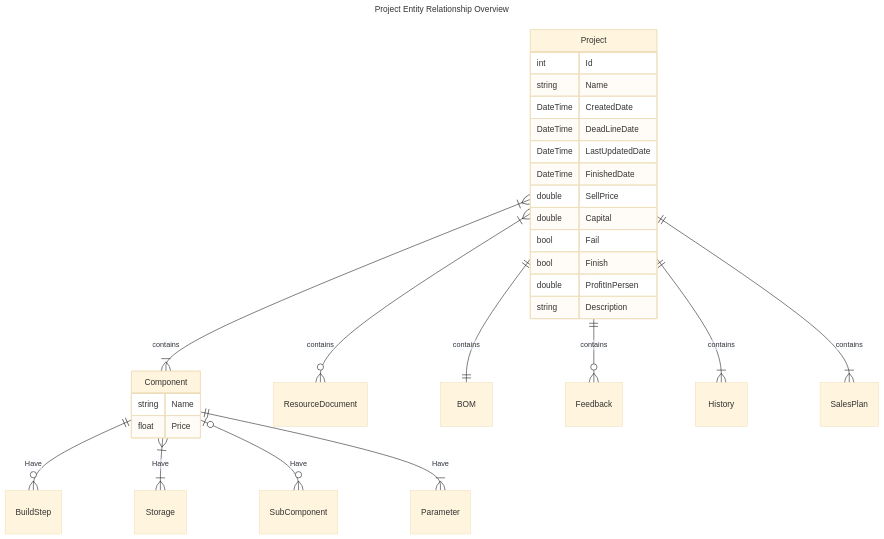
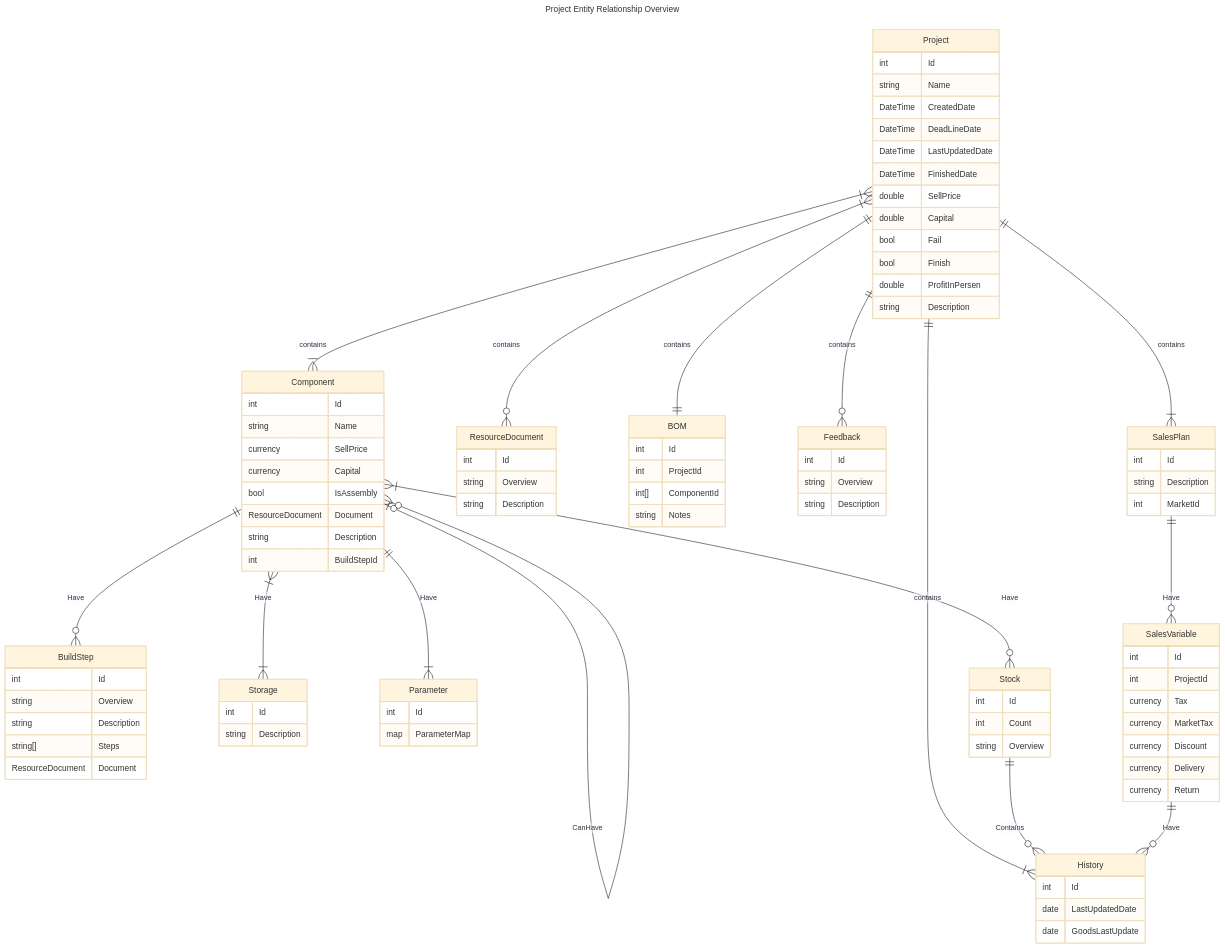
The diagram in erpPlanner/api/docs/PlannerPPlan.md (ahsanu123/learnRepo), drawn with Mermaid (base theme) before and after one commit. The commit also changed other lines of this file, not shown here.

Commit message:
[Plannerp-23-6-0404] update Plannerp Plan

````diff
--- a/erpPlanner/api/docs/PlannerPPlan.md
+++ b/erpPlanner/api/docs/PlannerPPlan.md
@@ -11,10 +56,19 @@
     Project ||--o{ Feedback : contains
     Project ||--|{ History : contains
     Project ||--|{ SalesPlan : contains
+
     Component ||--o{ BuildStep: Have
     Component }|--|{ Storage: Have
-    Component |o--o{ SubComponent : Have
+    Component |o--o{ Component : CanHave
     Component ||--|{ Parameter : Have
+    Component }|--o{ Stock : Have
+
+    Stock ||--o{ History : Contains
+
+    SalesPlan ||--o{ SalesVariable : Have
+
+    SalesVariable ||--o{ History : Have
+
     Project{
         int Id 
         string Name 
@@ -31,10 +85,72 @@
     }
 
     Component {
+        int Id 
         string Name
-        float Price 
+        currency SellPrice
+        currency Capital
+        bool IsAssembly
+        ResourceDocument Document
+        string Description
+        int BuildStepId
     }
 
+    History {
+        int Id 
+        date LastUpdatedDate
+        date GoodsLastUpdate
+    }
+    SalesPlan{
+        int Id
+        string Description
+        int MarketId
+    }
 
+    Storage {
+        int Id
+        string Description
+    }
 
+    ResourceDocument{
+        int Id 
+        string Overview
+        string Description
+    }
+
+    BuildStep{
+        int Id 
+        string Overview
+        string Description
+        string[] Steps
+        ResourceDocument Document 
+    }
+    Parameter {
+        int Id 
+        map ParameterMap
+    }
+    Feedback{
+        int Id 
+        string Overview 
+        string Description
+    }
+    BOM{
+        int Id 
+        int ProjectId 
+        int[] ComponentId
+        string Notes
+    }
+    Stock{
+        int Id 
+        int Count 
+        string Overview
+    }
+    SalesVariable{
+        int Id 
+        int ProjectId 
+        currency Tax
+        currency MarketTax
+        currency Discount
+        currency Delivery 
+        currency Return
+    }
 ```
````
